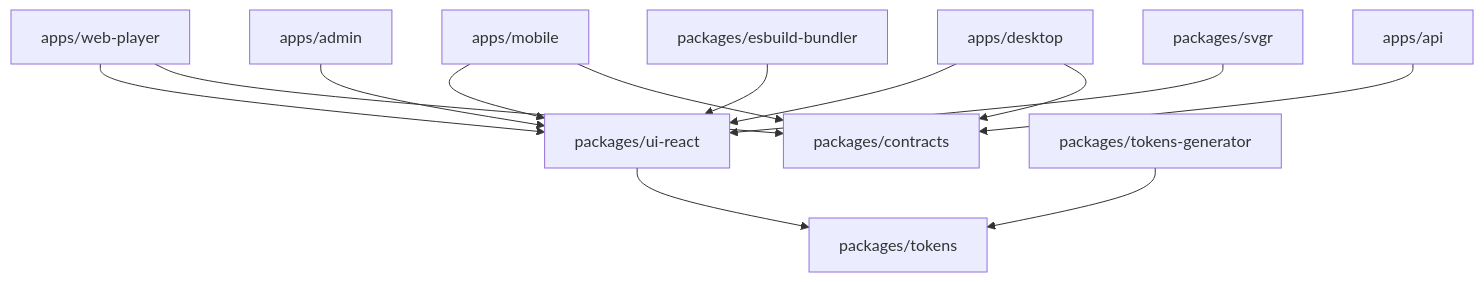
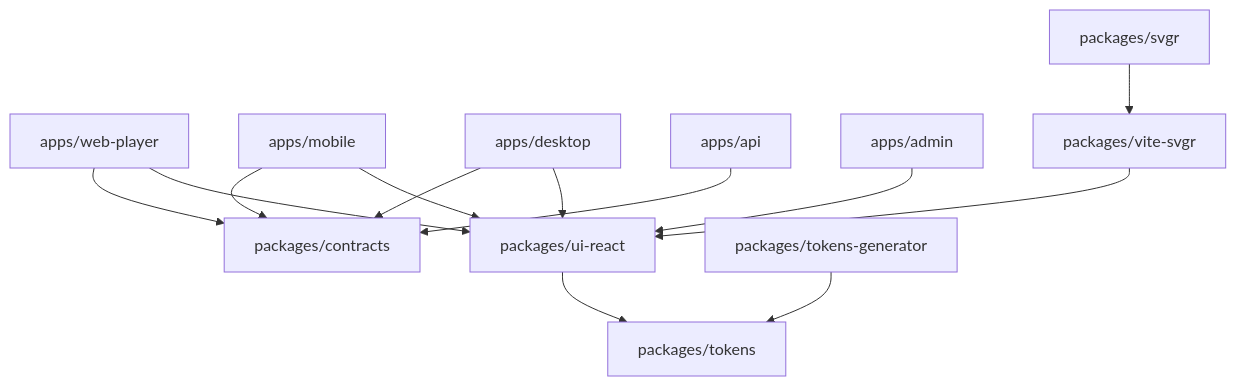
The third of 5 diagrams in apps/docs/docs/getting-started/architecture.md (Lordpluha/spotify-clone), drawn with Mermaid before and after one commit. The commit also changed other lines of this file and 195 other files, not shown here.

````diff
--- a/apps/docs/docs/getting-started/architecture.md
+++ b/apps/docs/docs/getting-started/architecture.md
@@ -161,15 +161,15 @@
 ```mermaid
 graph TD
     A[apps/web-player] --> B[packages/ui-react]
     C[apps/mobile] --> B
     D[apps/desktop] --> B
     A --> E[packages/contracts]
     C --> E
     D --> E
     F[apps/api] --> E
     G[apps/admin] --> B
     B --> H[packages/tokens]
     I[packages/tokens-generator] --> H
-    J[packages/esbuild-bundler] --> B
-    K[packages/svgr] --> B
+    J[packages/vite-svgr] --> B
+    K[packages/svgr] --> J
 ```
````
